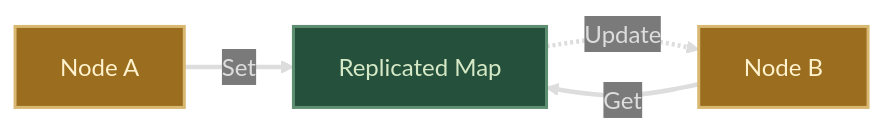
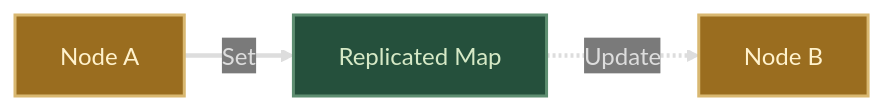
One commit to goadesign/pulse changed the first of 3 diagrams in README.md. Above: the diagram before and after it, drawn with Mermaid. The commit also changed other lines of this file and 2 other files, not shown here.

````diff
--- a/README.md
+++ b/README.md
@@ -12,20 +12,18 @@
 ```mermaid
 %%{init: {'themeVariables': { 'edgeLabelBackground': '#7A7A7A'}}}%%
 flowchart LR
     A[Node A]
     B[Node B]
     Map[Replicated Map]
     A-->|Set|Map
     Map-.->|Update|B
-    B-->|Get|Map
 
     classDef userCode fill:#9A6D1F, stroke:#D9B871, stroke-width:2px, color:#FFF2CC;
     classDef ponos fill:#25503C, stroke:#5E8E71, stroke-width:2px, color:#D6E9C6;
 
     class A,B userCode;
     class Map ponos;
 
     linkStyle 0 stroke:#DDDDDD,color:#DDDDDD,stroke-width:3px;
     linkStyle 1 stroke:#DDDDDD,color:#DDDDDD,stroke-width:3px;
-    linkStyle 2 stroke:#DDDDDD,color:#DDDDDD,stroke-width:3px;
 ```
````
